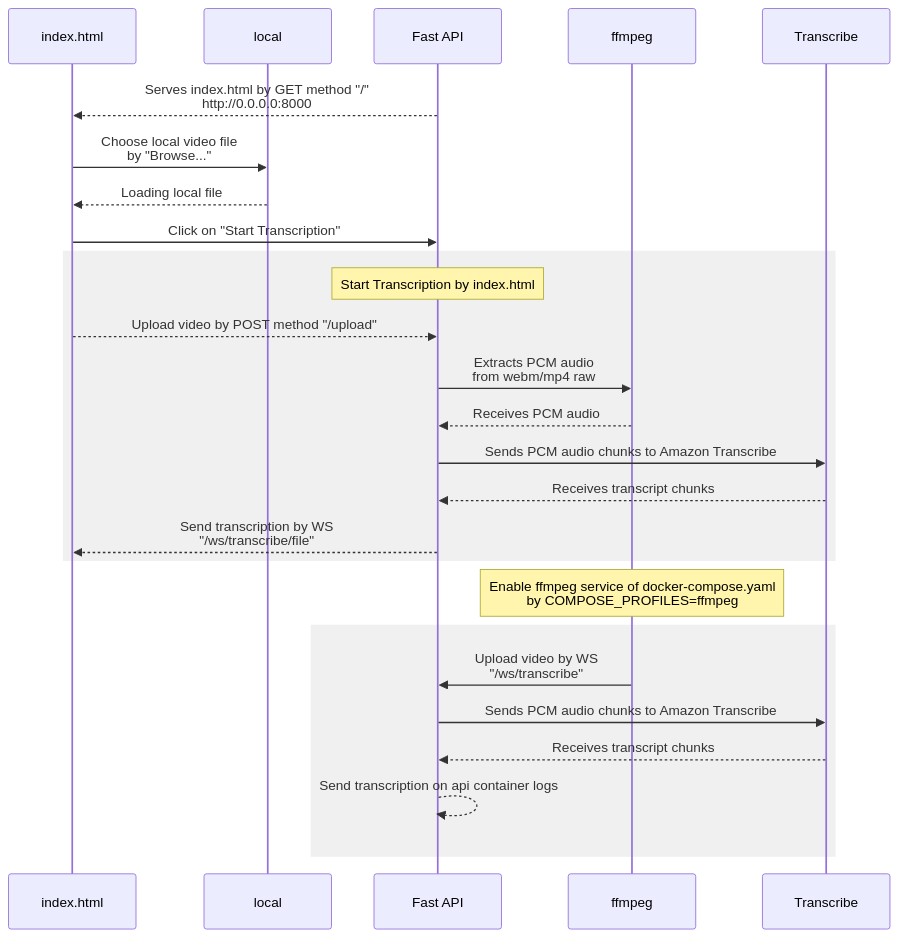
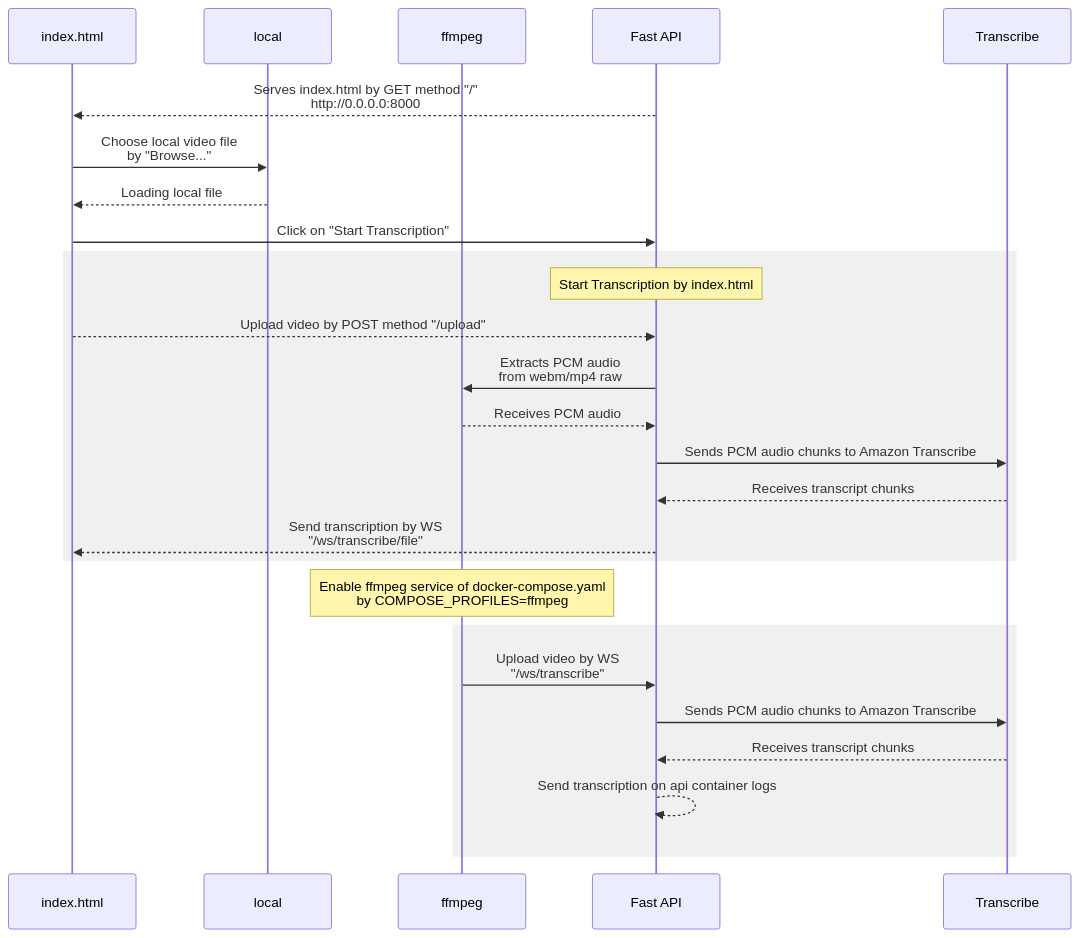
One commit to bilardi/video-to-text changed the diagram in docs/diagram.mermaid. Above: the diagram before and after it, drawn with Mermaid. The commit also changed other lines of this file and 5 other files, not shown here.

```diff
--- a/docs/diagram.mermaid
+++ b/docs/diagram.mermaid
@@ -1,28 +1,28 @@
 sequenceDiagram
     participant int as index.html
     participant local as local
+    participant ffmpeg as ffmpeg
     participant api as Fast API
-    participant ffmpeg as ffmpeg
     participant aws as Transcribe
     
     api-->>int: Serves index.html by GET method "/"<br>http://0.0.0.0:8000
     int->>local: Choose local video file<br>by "Browse..."
     local-->>int: Loading local file
     int->>api: Click on "Start Transcription"
     rect rgb(240, 240, 240)
         Note over api: Start Transcription by index.html
         int-->>api: Upload video by POST method "/upload"
         api->>ffmpeg: Extracts PCM audio<br>from webm/mp4 raw
         ffmpeg-->>api: Receives PCM audio
         api->>aws: Sends PCM audio chunks to Amazon Transcribe
         aws-->>api: Receives transcript chunks
         api-->>int: Send transcription by WS<br>"/ws/transcribe/file"
     end
 
     Note over ffmpeg: Enable ffmpeg service of docker-compose.yaml<br>by COMPOSE_PROFILES=ffmpeg
     rect rgb(240, 240, 240)
         ffmpeg->>api: Upload video by WS<br>"/ws/transcribe"
         api->>aws: Sends PCM audio chunks to Amazon Transcribe
         aws-->>api: Receives transcript chunks
         api-->>api: Send transcription on api container logs
     end
```
